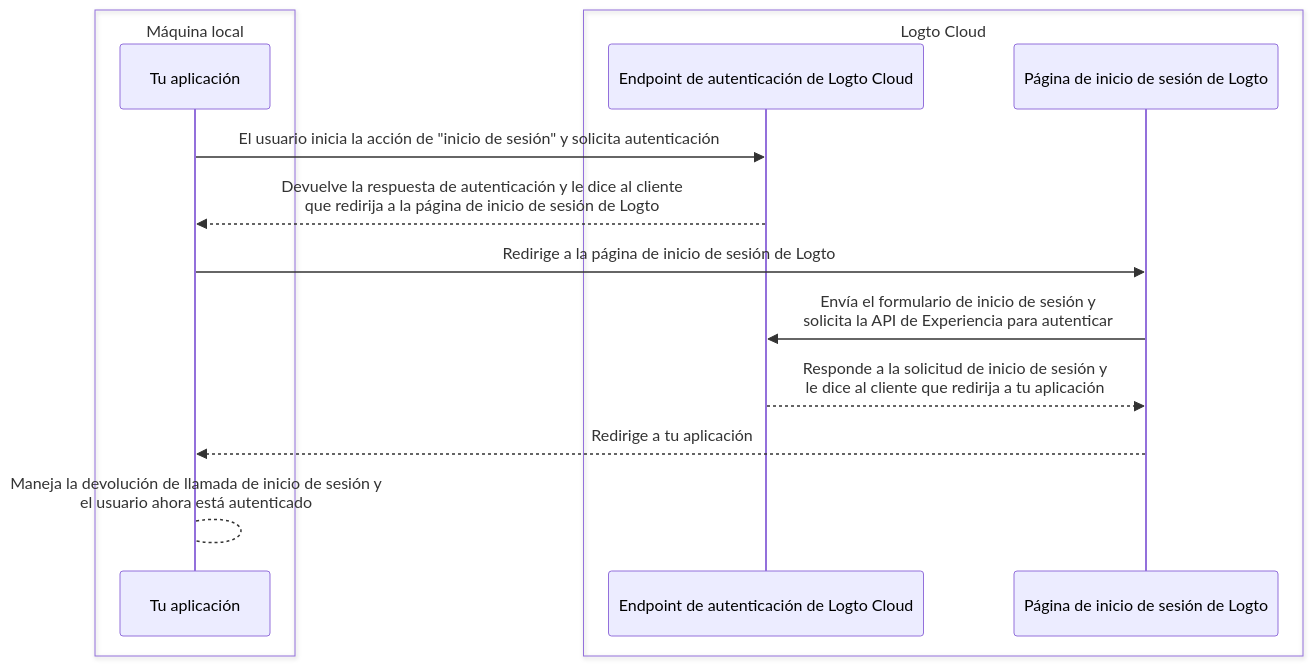
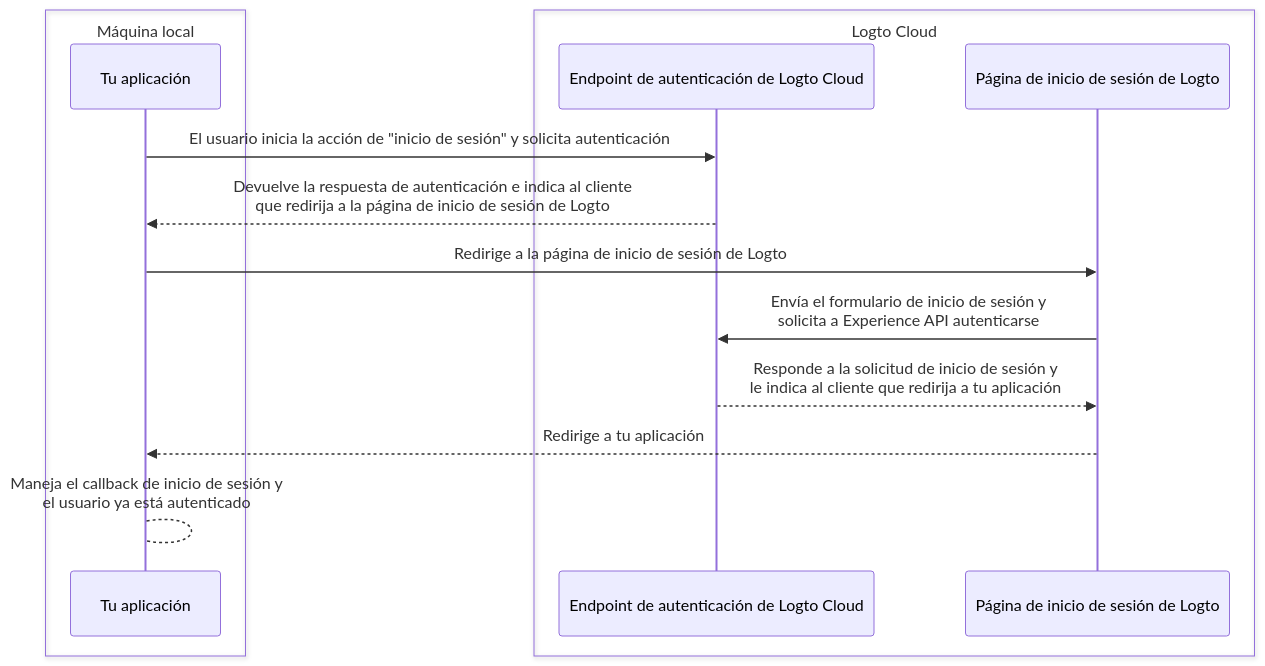
Before and after one commit to logto-io/docs: the first of 2 diagrams in i18n/es/docusaurus-plugin-content-docs/current/customization/bring-your-ui/debug-and-test-your-custom-ui-locally.mdx, drawn with Mermaid. The commit also changed other lines of this file and 666 other files, not shown here.

````diff
--- a/i18n/es/docusaurus-plugin-content-docs/current/customization/bring-your-ui/debug-and-test-your-custom-ui-locally.mdx
+++ b/i18n/es/docusaurus-plugin-content-docs/current/customization/bring-your-ui/debug-and-test-your-custom-ui-locally.mdx
@@ -18,17 +19,17 @@
 ```mermaid
 sequenceDiagram
     box Máquina local
     participant A as Tu aplicación
     end
     box Logto Cloud
     participant B as Endpoint de autenticación de Logto Cloud
     participant C as Página de inicio de sesión de Logto
     end
     A ->> B: El usuario inicia la acción de "inicio de sesión" y solicita autenticación
-    B -->> A: Devuelve la respuesta de autenticación y le dice al cliente<br/>que redirija a la página de inicio de sesión de Logto
+    B -->> A: Devuelve la respuesta de autenticación e indica al cliente<br/>que redirija a la página de inicio de sesión de Logto
     A ->> C: Redirige a la página de inicio de sesión de Logto
-    C ->> B: Envía el formulario de inicio de sesión y<br/>solicita la API de Experiencia para autenticar
-    B -->> C: Responde a la solicitud de inicio de sesión y<br/>le dice al cliente que redirija a tu aplicación
+    C ->> B: Envía el formulario de inicio de sesión y<br/>solicita a Experience API autenticarse
+    B -->> C: Responde a la solicitud de inicio de sesión y<br/>le indica al cliente que redirija a tu aplicación
     C -->> A: Redirige a tu aplicación
-    A --> A: Maneja la devolución de llamada de inicio de sesión y<br/>el usuario ahora está autenticado
+    A --> A: Maneja el callback de inicio de sesión y<br/>el usuario ya está autenticado
 ```
````
